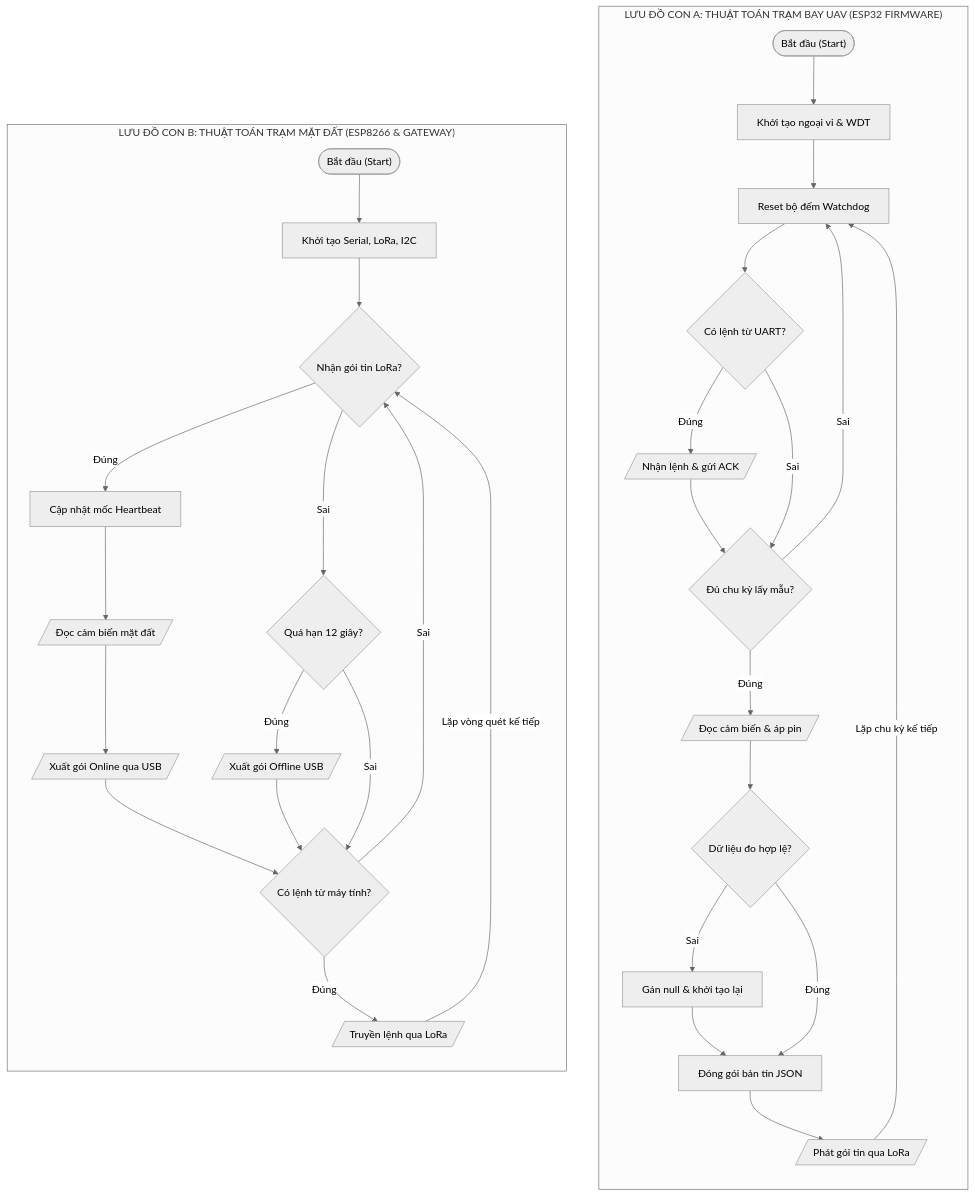
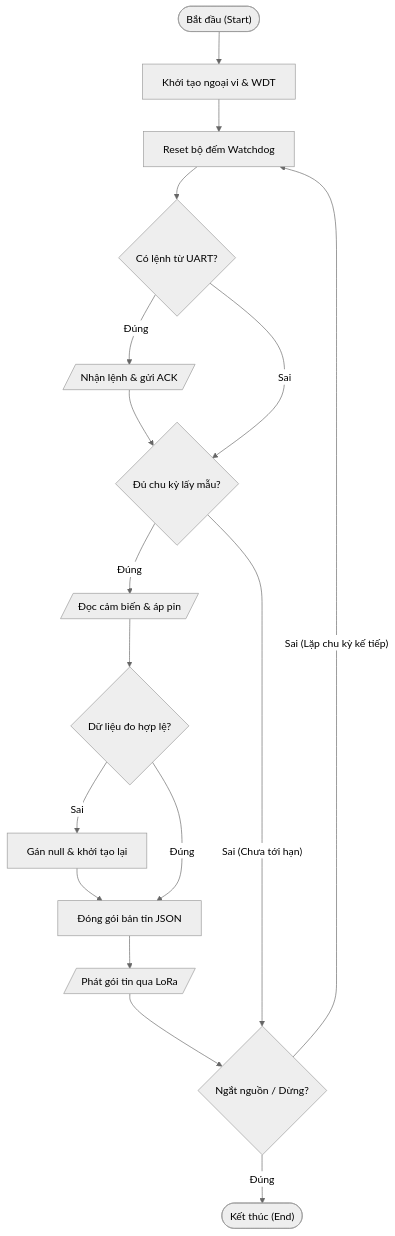
The second of 4 diagrams in Diagrams/README.md (phllonq/26FA-IA2103-Group5-IOT102-FinalReport), drawn with Mermaid (neutral theme) before and after one commit. The commit also changed other lines of this file, not shown here.

````diff
--- a/Diagrams/README.md
+++ b/Diagrams/README.md
@@ -90,44 +69,24 @@
 ```mermaid
 flowchart TD
-    subgraph UAV_FLOW["LƯU ĐỒ CON A: THUẬT TOÁN TRẠM BAY UAV (ESP32 FIRMWARE)"]
-        direction TB
-        A1(["Bắt đầu (Start)"]) --> A2["Khởi tạo ngoại vi & WDT"]
-        A2 --> A3["Reset bộ đếm Watchdog"]
-        A3 --> A4{"Có lệnh từ UART?"}
+    A1(["Bắt đầu (Start)"]) --> A2["Khởi tạo ngoại vi & WDT"]
+    A2 --> A3["Reset bộ đếm Watchdog"]
+    A3 --> A4{"Có lệnh từ UART?"}
 
-        A4 -->|"Đúng"| A4_IO[/"Nhận lệnh & gửi ACK"/]
-        A4_IO --> A5{"Đủ chu kỳ lấy mẫu?"}
-        A4 -->|"Sai"| A5
+    A4 -->|"Đúng"| A4_IO[/"Nhận lệnh & gửi ACK"/]
+    A4_IO --> A5{"Đủ chu kỳ lấy mẫu?"}
+    A4 -->|"Sai"| A5
 
-        A5 -->|"Sai"| A3
-        A5 -->|"Đúng"| A6[/"Đọc cảm biến & áp pin"/]
-        A6 --> A7{"Dữ liệu đo hợp lệ?"}
+    A5 -->|"Đúng"| A6[/"Đọc cảm biến & áp pin"/]
+    A6 --> A7{"Dữ liệu đo hợp lệ?"}
 
-        A7 -->|"Sai"| A7_ERR["Gán null & khởi tạo lại"]
-        A7_ERR --> A8["Đóng gói bản tin JSON"]
-        A7 -->|"Đúng"| A8
+    A7 -->|"Sai"| A7_ERR["Gán null & khởi tạo lại"]
+    A7_ERR --> A8["Đóng gói bản tin JSON"]
+    A7 -->|"Đúng"| A8
 
-        A8 --> A9[/"Phát gói tin qua LoRa"/]
-        A9 -->|"Lặp chu kỳ kế tiếp"| A3
-    end
+    A8 --> A9[/"Phát gói tin qua LoRa"/]
+    A9 --> A10{"Ngắt nguồn / Dừng?"}
+    A5 -->|"Sai (Chưa tới hạn)"| A10
 
-    subgraph GND_FLOW["LƯU ĐỒ CON B: THUẬT TOÁN TRẠM MẶT ĐẤT (ESP8266 & GATEWAY)"]
-        direction TB
-        B1(["Bắt đầu (Start)"]) --> B2["Khởi tạo Serial, LoRa, I2C"]
-        B2 --> B3{"Nhận gói tin LoRa?"}
-
-        B3 -->|"Đúng"| B4["Cập nhật mốc Heartbeat"]
-        B4 --> B5[/"Đọc cảm biến mặt đất"/]
-        B5 --> B6[/"Xuất gói Online qua USB"/]
-        B6 --> B7{"Có lệnh từ máy tính?"}
-
-        B3 -->|"Sai"| B3_TM{"Quá hạn 12 giây?"}
-        B3_TM -->|"Đúng"| B3_OUT[/"Xuất gói Offline USB"/]
-        B3_OUT --> B7
-        B3_TM -->|"Sai"| B7
-
-        B7 -->|"Đúng"| B8[/"Truyền lệnh qua LoRa"/]
-        B8 -->|"Lặp vòng quét kế tiếp"| B3
-        B7 -->|"Sai"| B3
-    end
+    A10 -->|"Sai (Lặp chu kỳ kế tiếp)"| A3
+    A10 -->|"Đúng"| A11(["Kết thúc (End)"])
 ```
````
